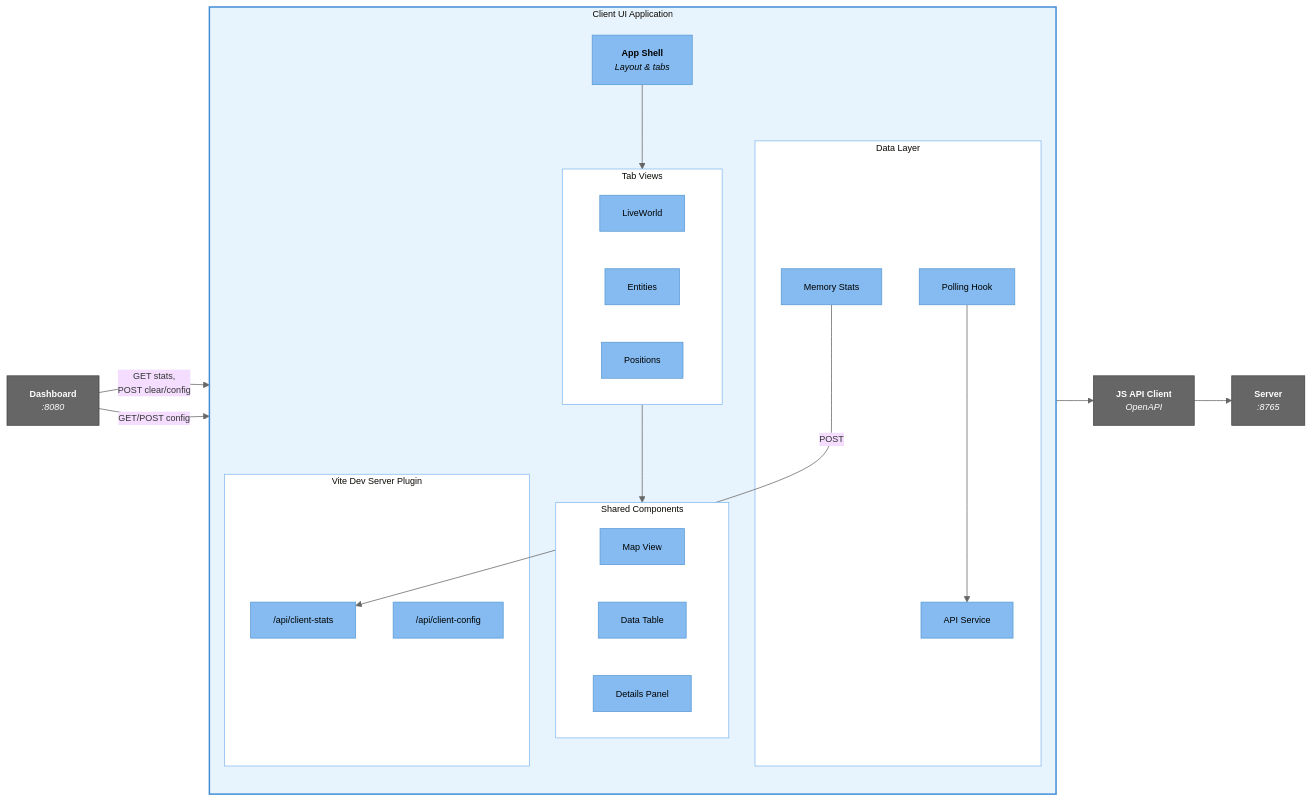
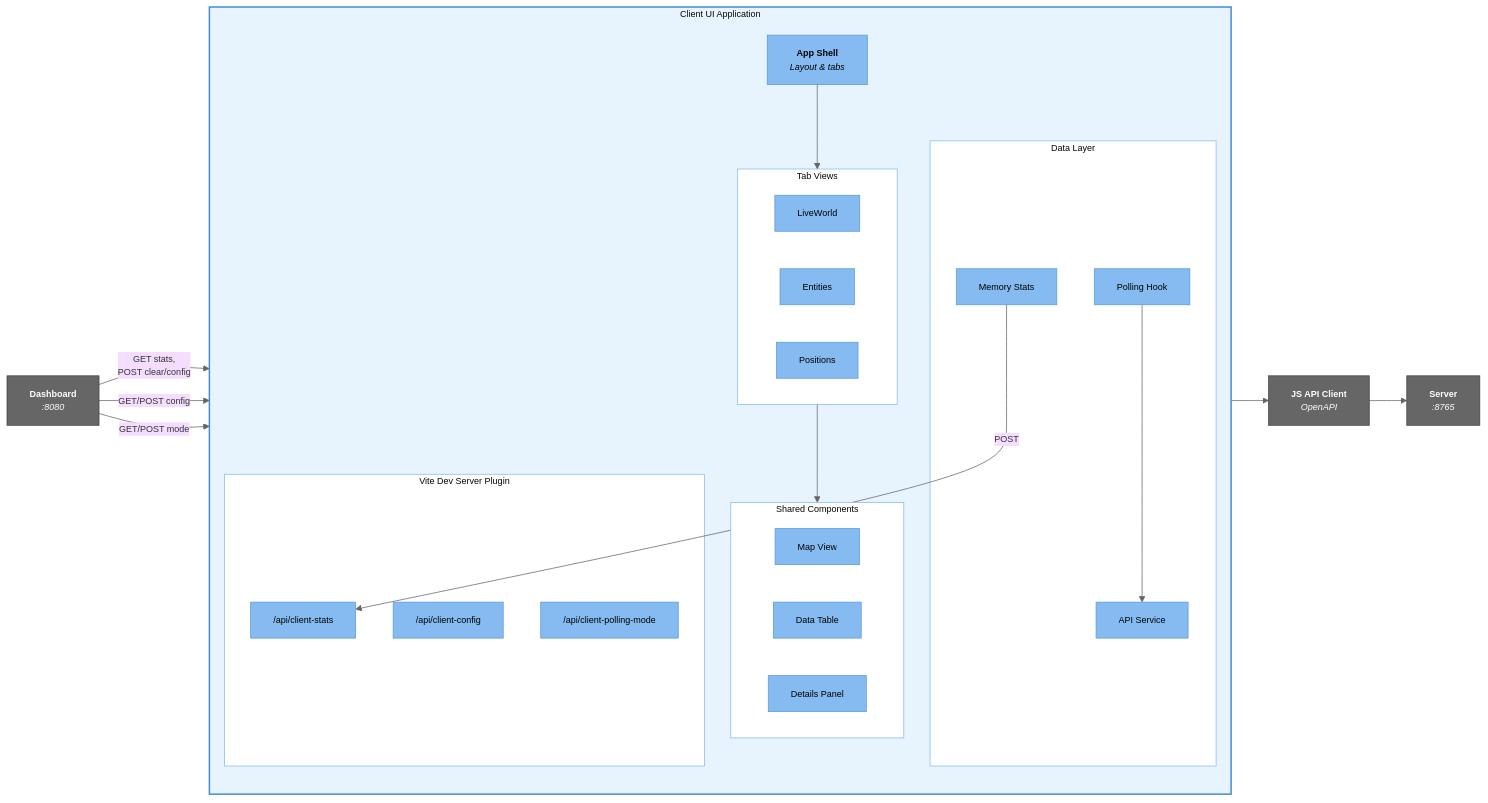
Before and after one commit to ericpauls/disco_workspace: the fourth of 6 diagrams in docs/c4-architecture-diagram.md, drawn with Mermaid. The commit also changed 2 other files, not shown here.

Commit message:
feat: Add dual polling mode controls to dashboard and update submodule
Dashboard gets polling mode dropdown (From Beginning / Always Latest)
with gap stats display. C4 architecture diagram updated with new
/api/client-polling-mode endpoint. Submodule updated to 6a8a538.

````diff
--- a/docs/c4-architecture-diagram.md
+++ b/docs/c4-architecture-diagram.md
@@ -150,56 +150,58 @@
 ```mermaid
 %%{init: {'theme': 'base', 'themeVariables': { 'lineColor': '#666', 'fontSize': '12px'}}}%%
 flowchart LR
     subgraph client["Client UI Application"]
         direction TB
         shell["<b>App Shell</b><br/><i>Layout & tabs</i>"]
 
         subgraph tabs["Tab Views"]
             lw_tab["LiveWorld"]
             ent_tab["Entities"]
             pos_tab["Positions"]
         end
 
         subgraph views["Shared Components"]
             map["Map View"]
             table["Data Table"]
             details["Details Panel"]
         end
 
         subgraph data["Data Layer"]
             polling["Polling Hook"]
             api_svc["API Service"]
             mem_stats["Memory Stats"]
         end
 
         subgraph vite_plugin["Vite Dev Server Plugin"]
             stats_api["/api/client-stats"]
             config_api["/api/client-config"]
+            polling_api["/api/client-polling-mode"]
         end
 
         shell --> tabs
         tabs --> views
         polling --> api_svc
         mem_stats -->|POST| stats_api
     end
 
     js_client["<b>JS API Client</b><br/><i>OpenAPI</i>"]
     server["<b>Server</b><br/><i>:8765</i>"]
     dashboard["<b>Dashboard</b><br/><i>:8080</i>"]
 
     api_svc --> js_client
     js_client --> server
     dashboard -->|GET stats,<br/>POST clear/config| stats_api
     dashboard -->|GET/POST config| config_api
+    dashboard -->|GET/POST mode| polling_api
 
     classDef comp fill:#85BBF0,stroke:#5A9BD5,color:#000
     classDef cbox fill:#E8F4FD,stroke:#438DD5,stroke-width:2px
     classDef ext fill:#666,stroke:#444,color:#fff
     classDef inner fill:#fff,stroke:#85BBF0,stroke-width:1px
 
     class shell,lw_tab,ent_tab,pos_tab,map,table,details,polling,api_svc,mem_stats comp
-    class stats_api,config_api comp
+    class stats_api,config_api,polling_api comp
     class client cbox
     class js_client,server,dashboard ext
     class tabs,views,data,vite_plugin inner
 ```
````
